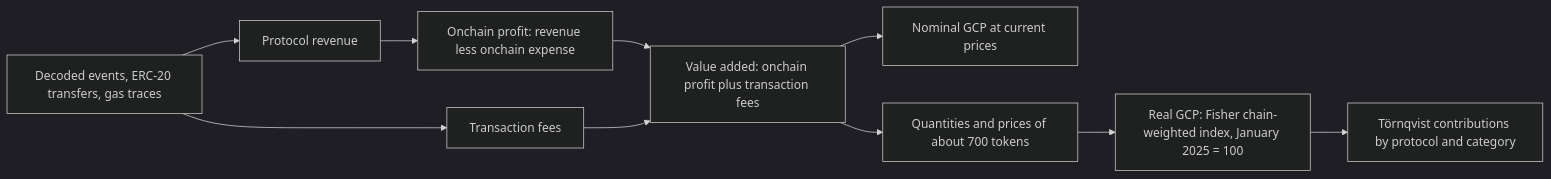
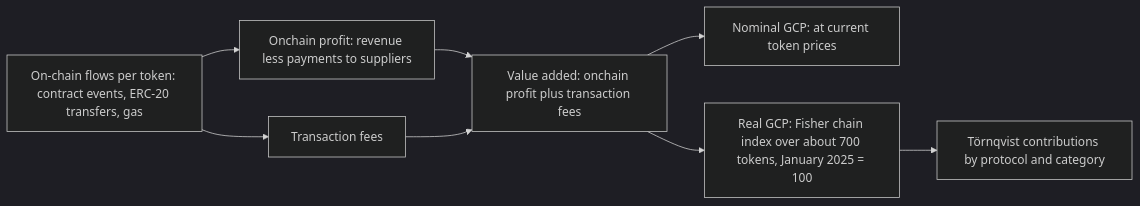
The diagram in content/Phase II/Wiki/Collections/Essential Readings/Measuring Blockchain Economies Introducing Gross Chain Product/index.md (bonding-curves/avalanche-phase-ii-research), drawn with Mermaid (dark theme) before and after one commit. The commit also changed other lines of this file and 27 other files, not shown here.

````diff
--- a/content/Phase II/Wiki/Collections/Essential Readings/Measuring Blockchain Economies Introducing Gross Chain Product/index.md
+++ b/content/Phase II/Wiki/Collections/Essential Readings/Measuring Blockchain Economies Introducing Gross Chain Product/index.md
@@ -8,12 +16,10 @@
 ```mermaid
 flowchart LR
-  E["Decoded events, ERC-20 transfers, gas traces"] --> R["Protocol revenue"]
-  R --> P["Onchain profit: revenue less onchain expense"]
+  E["On-chain flows per token: contract events, ERC-20 transfers, gas"] --> P["Onchain profit: revenue less payments to suppliers"]
   E --> T["Transaction fees"]
   P --> V["Value added: onchain profit plus transaction fees"]
   T --> V
-  V --> N["Nominal GCP at current prices"]
-  V --> Q["Quantities and prices of about 700 tokens"]
-  Q --> F["Real GCP: Fisher chain-weighted index, January 2025 = 100"]
-  F --> K["Törnqvist contributions by protocol and category"]
+  V --> N["Nominal GCP: at current token prices"]
+  V --> R["Real GCP: Fisher chain index over about 700 tokens, January 2025 = 100"]
+  R --> K["Törnqvist contributions by protocol and category"]
 ```
````
